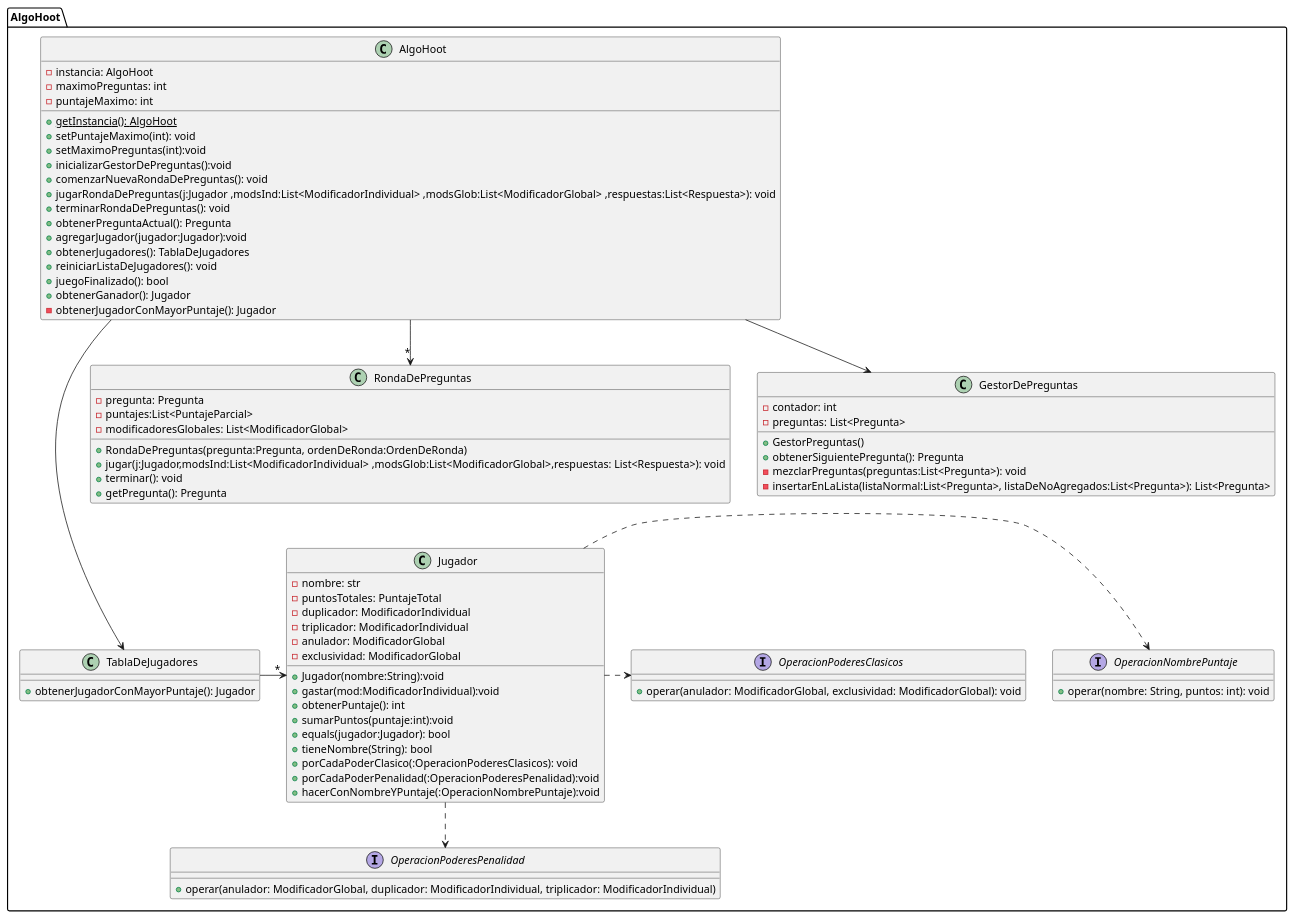
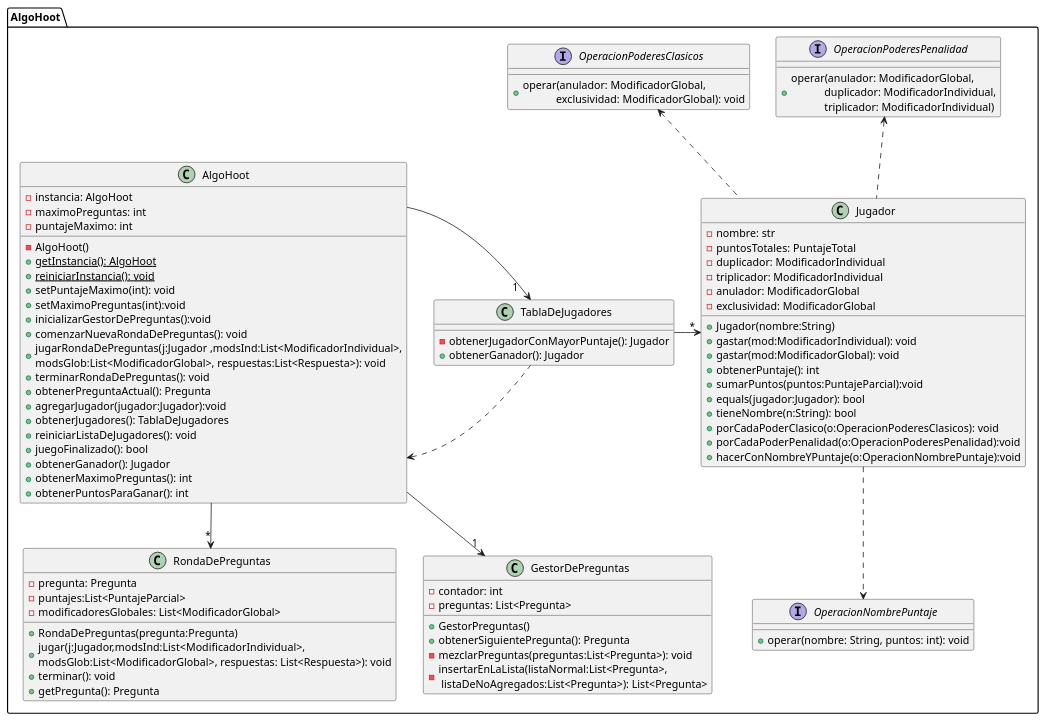
Before and after one commit to ValentinMarturet/ALGO3-TP2: the diagram in diagrams/classes/entregaFinal/AlgoHoot.puml, drawn with PlantUML. The commit also changed 10 other files, not shown here.

```diff
--- a/diagrams/classes/entregaFinal/AlgoHoot.puml
+++ b/diagrams/classes/entregaFinal/AlgoHoot.puml
@@ -1,90 +1,98 @@
 @startuml
 'https://plantuml.com/class-diagram
 package AlgoHoot {
 
 class AlgoHoot {
     - instancia: AlgoHoot
     - maximoPreguntas: int
     - puntajeMaximo: int
+    - AlgoHoot()
     + {static}getInstancia(): AlgoHoot
+    + {static}reiniciarInstancia(): void
     + setPuntajeMaximo(int): void
     + setMaximoPreguntas(int):void
     + inicializarGestorDePreguntas():void
     + comenzarNuevaRondaDePreguntas(): void
-    + jugarRondaDePreguntas(j:Jugador ,modsInd:List<ModificadorIndividual> ,modsGlob:List<ModificadorGlobal> ,respuestas:List<Respuesta>): void
+    + jugarRondaDePreguntas(j:Jugador ,modsInd:List<ModificadorIndividual>,\nmodsGlob:List<ModificadorGlobal>, respuestas:List<Respuesta>): void
     + terminarRondaDePreguntas(): void
     + obtenerPreguntaActual(): Pregunta
     + agregarJugador(jugador:Jugador):void
     + obtenerJugadores(): TablaDeJugadores
     + reiniciarListaDeJugadores(): void
     + juegoFinalizado(): bool
     + obtenerGanador(): Jugador
-    - obtenerJugadorConMayorPuntaje(): Jugador
+    + obtenerMaximoPreguntas(): int
+    + obtenerPuntosParaGanar(): int
 }
 
 class RondaDePreguntas {
     - pregunta: Pregunta
     - puntajes:List<PuntajeParcial>
     - modificadoresGlobales: List<ModificadorGlobal>
-    + RondaDePreguntas(pregunta:Pregunta, ordenDeRonda:OrdenDeRonda)
-    + jugar(j:Jugador,modsInd:List<ModificadorIndividual> ,modsGlob:List<ModificadorGlobal>,respuestas: List<Respuesta>): void
+    + RondaDePreguntas(pregunta:Pregunta)
+    + jugar(j:Jugador,modsInd:List<ModificadorIndividual>,\nmodsGlob:List<ModificadorGlobal>, respuestas: List<Respuesta>): void
     + terminar(): void
     + getPregunta(): Pregunta
 }
 
 class GestorDePreguntas {
     - contador: int
     - preguntas: List<Pregunta>
     + GestorPreguntas()
     + obtenerSiguientePregunta(): Pregunta
     - mezclarPreguntas(preguntas:List<Pregunta>): void
-    - insertarEnLaLista(listaNormal:List<Pregunta>, listaDeNoAgregados:List<Pregunta>): List<Pregunta>
+    - insertarEnLaLista(listaNormal:List<Pregunta>,\n listaDeNoAgregados:List<Pregunta>): List<Pregunta>
 }
 
 class Jugador {
     - nombre: str
     - puntosTotales: PuntajeTotal
     - duplicador: ModificadorIndividual
     - triplicador: ModificadorIndividual
     - anulador: ModificadorGlobal
     - exclusividad: ModificadorGlobal
-    + Jugador(nombre:String):void
-    + gastar(mod:ModificadorIndividual):void
+    + Jugador(nombre:String)
+    + gastar(mod:ModificadorIndividual): void
+    + gastar(mod:ModificadorGlobal): void
     + obtenerPuntaje(): int
-    + sumarPuntos(puntaje:int):void
+    + sumarPuntos(puntos:PuntajeParcial):void
     + equals(jugador:Jugador): bool
-    + tieneNombre(String): bool
-    + porCadaPoderClasico(:OperacionPoderesClasicos): void
-    + porCadaPoderPenalidad(:OperacionPoderesPenalidad):void
-    + hacerConNombreYPuntaje(:OperacionNombrePuntaje):void
+    + tieneNombre(n:String): bool
+    + porCadaPoderClasico(o:OperacionPoderesClasicos): void
+    + porCadaPoderPenalidad(o:OperacionPoderesPenalidad):void
+    + hacerConNombreYPuntaje(o:OperacionNombrePuntaje):void
 }
 
 
 
 class TablaDeJugadores {
-    + obtenerJugadorConMayorPuntaje(): Jugador
+    - obtenerJugadorConMayorPuntaje(): Jugador
+    + obtenerGanador(): Jugador
 }
 
 interface OperacionPoderesClasicos {
-    + operar(anulador: ModificadorGlobal, exclusividad: ModificadorGlobal): void
+    + operar(anulador: ModificadorGlobal,\n            exclusividad: ModificadorGlobal): void
 }
 interface OperacionNombrePuntaje {
     + operar(nombre: String, puntos: int): void
 }
 interface OperacionPoderesPenalidad {
-    + operar(anulador: ModificadorGlobal, duplicador: ModificadorIndividual, triplicador: ModificadorIndividual)
+    + operar(anulador: ModificadorGlobal,\n            duplicador: ModificadorIndividual,\n            triplicador: ModificadorIndividual)
 }
 
 
 
 AlgoHoot --> "*" RondaDePreguntas
-AlgoHoot --> GestorDePreguntas
-AlgoHoot ---> TablaDeJugadores
+AlgoHoot -down->"1" GestorDePreguntas
+
+TablaDeJugadores .left.> AlgoHoot
+AlgoHoot -right->"1   " TablaDeJugadores
 
 TablaDeJugadores -right-> "*" Jugador
 
-Jugador .> OperacionNombrePuntaje
-Jugador .> OperacionPoderesClasicos
-Jugador ..> OperacionPoderesPenalidad
+
+Jugador ..> OperacionNombrePuntaje
+Jugador .up.> OperacionPoderesClasicos
+Jugador .up.> OperacionPoderesPenalidad
 
 @enduml
```
